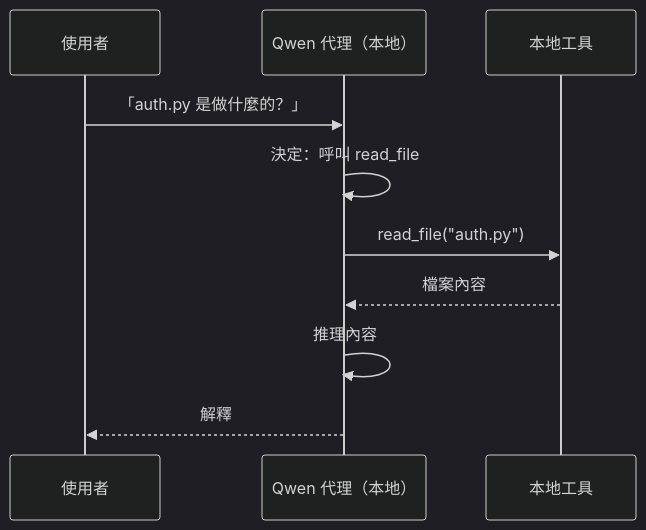
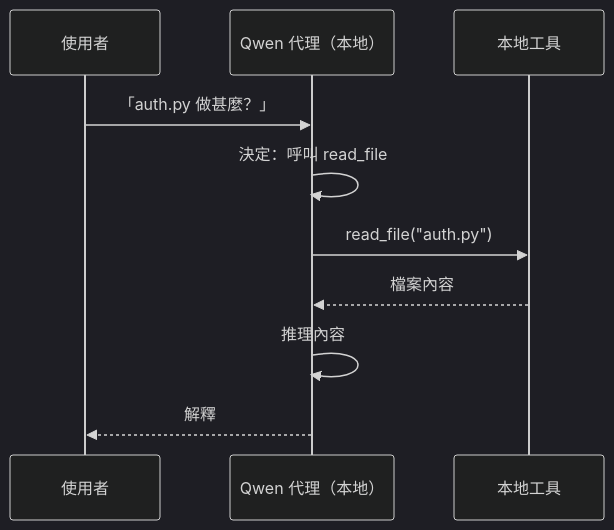
The second of 4 diagrams in mirrors/repos/microsoft@ai-agents-for-beginners/translations/zh-MO/17-creating-local-ai-agents/README.md (gabrielmoreira/agent-skills-mirror), drawn with Mermaid (dark theme) before and after one commit. The commit also changed other lines of this file and 4262 other files, not shown here.

````diff
--- a/mirrors/repos/microsoft@ai-agents-for-beginners/translations/zh-MO/17-creating-local-ai-agents/README.md
+++ b/mirrors/repos/microsoft@ai-agents-for-beginners/translations/zh-MO/17-creating-local-ai-agents/README.md
@@ -106,12 +106,12 @@
 ```mermaid
 sequenceDiagram
     participant U as 使用者
     participant A as Qwen 代理（本地）
     participant T as 本地工具
-    U->>A: 「auth.py 是做什麼的？」
+    U->>A: 「auth.py 做甚麼？」
     A->>A: 決定：呼叫 read_file
     A->>T: read_file("auth.py")
     T-->>A: 檔案內容
     A->>A: 推理內容
     A-->>U: 解釋
 ```
````
